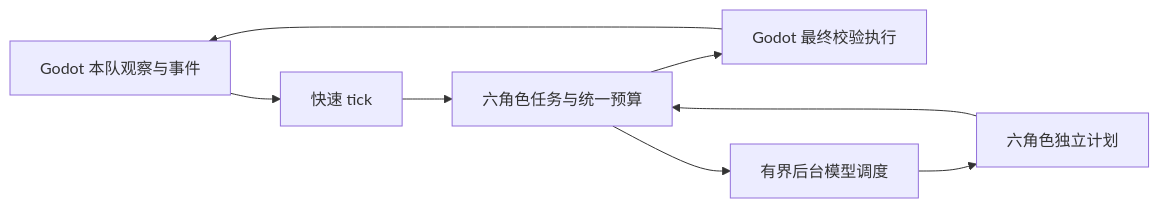
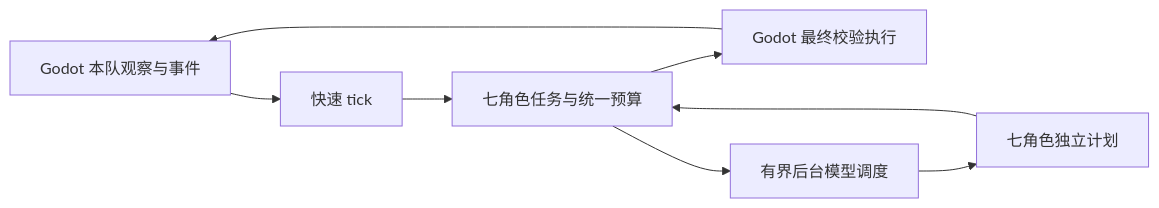
The diagram in docs/multi_agent_ai.md (Zondabb/aoe2), drawn with Mermaid before and after one commit. The commit also changed other lines of this file and 128 other files, not shown here.

````diff
--- a/docs/multi_agent_ai.md
+++ b/docs/multi_agent_ai.md
@@ -41,10 +42,10 @@
 ```mermaid
 flowchart LR
     G[Godot 本队观察与事件] --> T[快速 tick]
-    T --> R[六角色任务与统一预算]
+    T --> R[七角色任务与统一预算]
     R --> E[Godot 最终校验执行]
     E --> G
     R --> S[有界后台模型调度]
-    S --> P[六角色独立计划]
+    S --> P[七角色独立计划]
     P --> R
 ```
````
